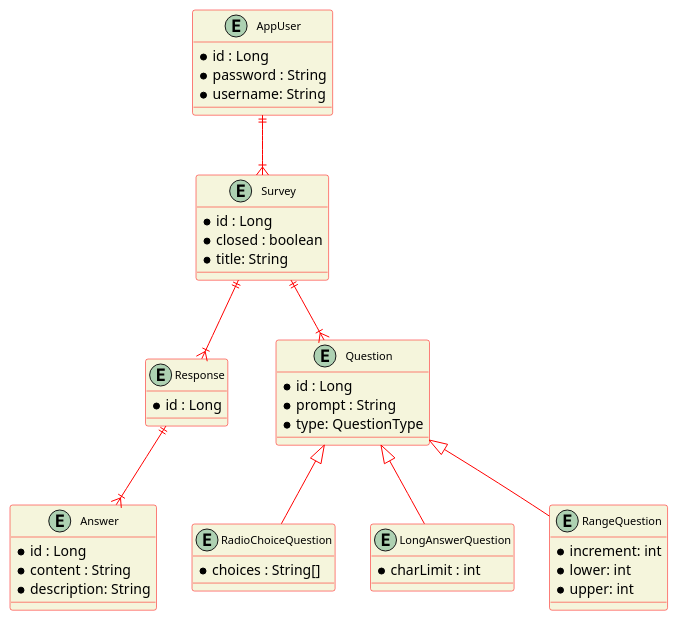
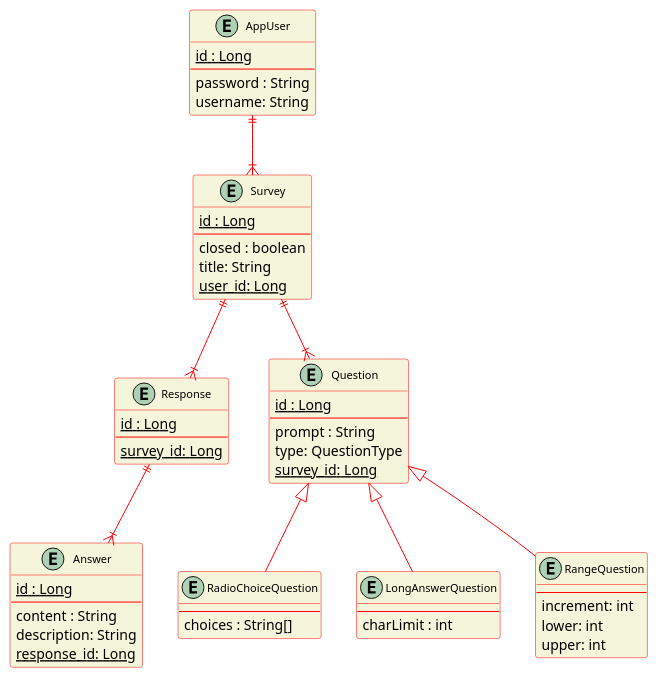
The diagram in diagrams/plantUmlFiles/ERDiagram.plantuml (bardia-p/OpinionOwl), drawn with PlantUML before and after one commit. The commit also changed 7 other files, not shown here.

Commit message:
Updated ER and UML Class diagrams.

```diff
--- a/diagrams/plantUmlFiles/ERDiagram.plantuml
+++ b/diagrams/plantUmlFiles/ERDiagram.plantuml
@@ -1,56 +1,68 @@
-@startuml Milestone1_ER_Diagram
+@startuml
 skinparam classFontSize 11
 skinparam classBackgroundColor beige
 skinparam ClassBorderColor red
 skinparam ArrowColor red
 
 entity "Answer" as answer {
-  *id : Long
-  *content : String
-  *description: String
+  <u>id : Long</u>
+  --
+  content : String
+  description: String
+  ~~response_id: Long~~
 }
 
 entity "Response" as response {
-  *id : Long
+  <u>id : Long</u>
+  --
+  ~~survey_id: Long~~
 }
 
 entity "AppUser" as user{
-  *id : Long
-  *password : String
-  *username: String
+  <u>id : Long</u>
+  --
+  password : String
+  username: String
 }
 
 entity "Survey" as survey {
-  *id : Long
-  *closed : boolean
-  *title: String
+  <u>id : Long</u>
+  --
+  closed : boolean
+  title: String
+  ~~user_id: Long~~
 }
 
 entity "Question" as question {
-  *id : Long
-  *prompt : String
-  *type: QuestionType
+  <u>id : Long</u>
+  --
+  prompt : String
+  type: QuestionType
+  ~~survey_id: Long~~
 }
 
 entity "RadioChoiceQuestion" as rcq {
-  *choices : String[]
+  --
+  choices : String[]
 }
 
 entity "LongAnswerQuestion" as laq {
-  *charLimit : int
+  --
+  charLimit : int
 }
 
 entity "RangeQuestion" as rq {
-  *increment: int
-  *lower: int
-  *upper: int
+  --
+  increment: int
+  lower: int
+  upper: int
 }
 
 user ||--|{ survey
 survey ||--|{ question
 survey ||--|{ response
 response||--|{ answer
 question <|-- laq
 question <|-- rcq
 question <|-- rq
 @enduml
```
